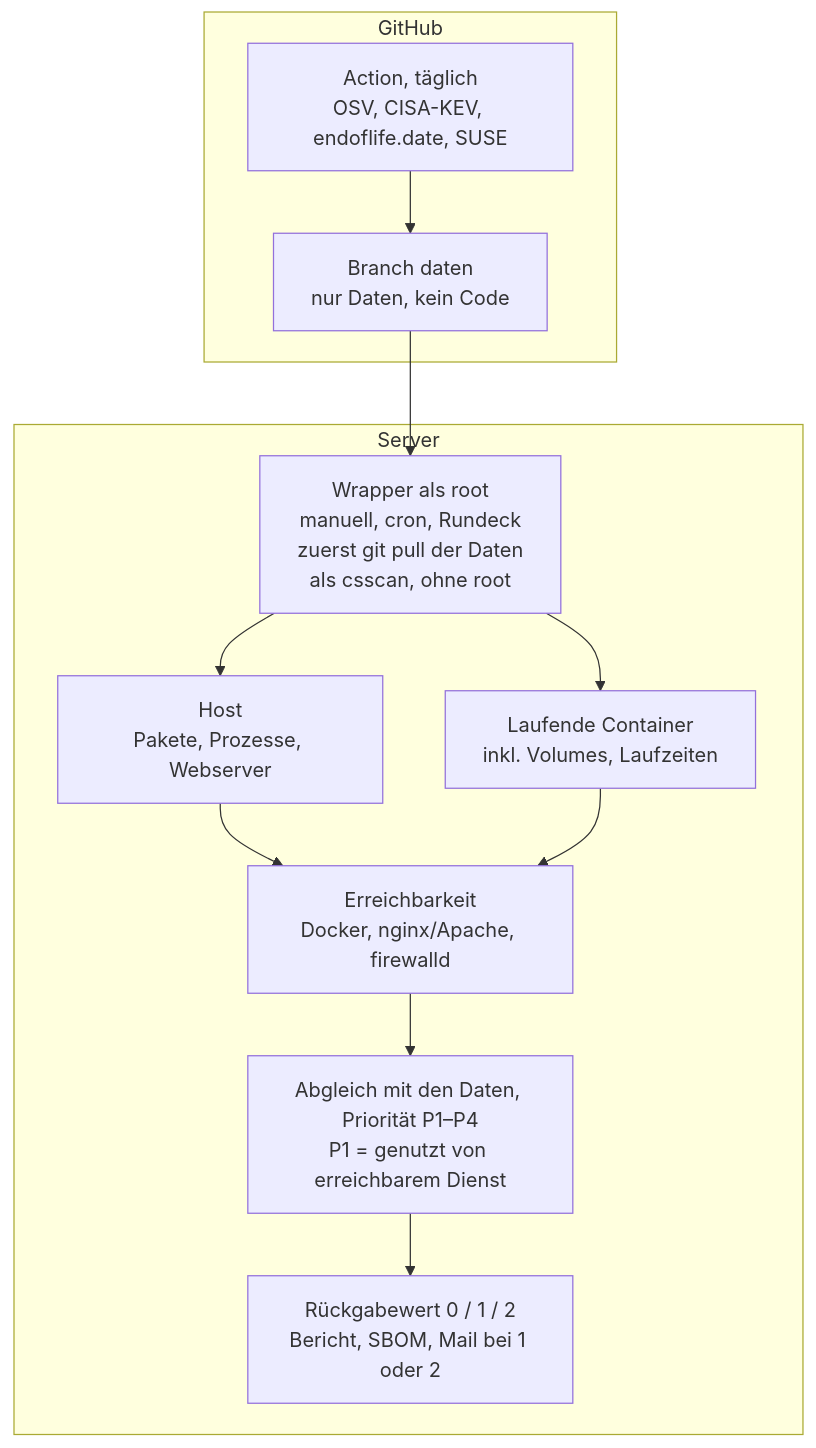
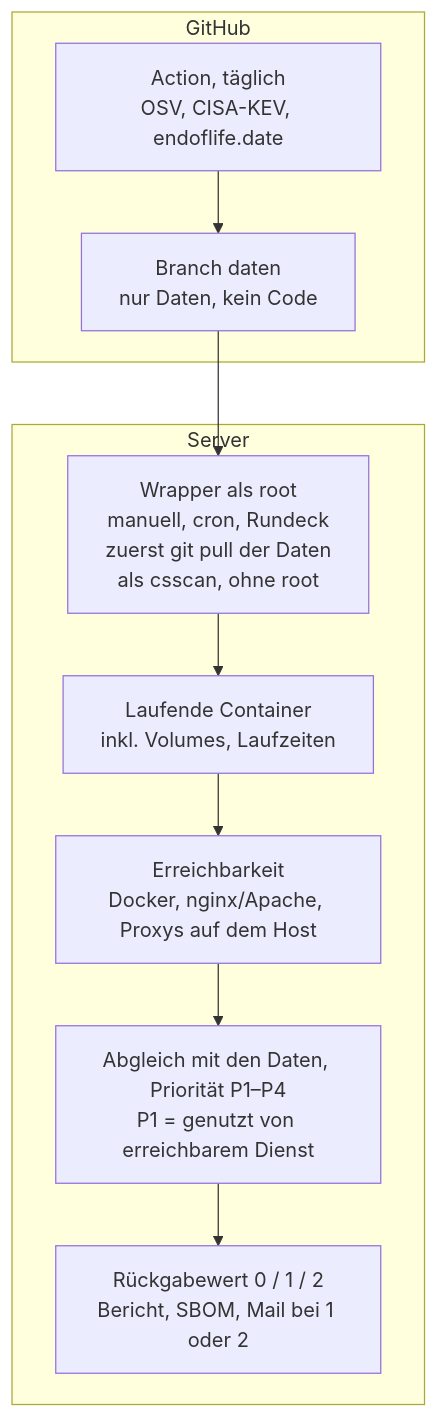
One commit to dla-marbach/container-security-scan changed the diagram in README.md. Above: the diagram before and after it, drawn with Mermaid. The commit also changed other lines of this file and 32 other files, not shown here.

````diff
--- a/README.md
+++ b/README.md
@@ -52,19 +47,17 @@
 ```mermaid
 flowchart TD
     subgraph gh["GitHub"]
-        A["Action, täglich<br/>OSV, CISA-KEV, endoflife.date, SUSE"]
+        A["Action, täglich<br/>OSV, CISA-KEV, endoflife.date"]
         B["Branch daten<br/>nur Daten, kein Code"]
         A --> B
     end
     subgraph srv["Server"]
         W["Wrapper als root<br/>manuell, cron, Rundeck<br/>zuerst git pull der Daten<br/>als csscan, ohne root"]
-        E["Host<br/>Pakete, Prozesse, Webserver"]
         F["Laufende Container<br/>inkl. Volumes, Laufzeiten"]
-        G["Erreichbarkeit<br/>Docker, nginx/Apache, firewalld"]
+        G["Erreichbarkeit<br/>Docker, nginx/Apache, Proxys auf dem Host"]
         H["Abgleich mit den Daten, Priorität P1–P4<br/>P1 = genutzt von erreichbarem Dienst"]
         I["Rückgabewert 0 / 1 / 2<br/>Bericht, SBOM, Mail bei 1 oder 2"]
-        W --> E & F
-        E & F --> G --> H --> I
+        W --> F --> G --> H --> I
     end
     B --> W
 ```
````
